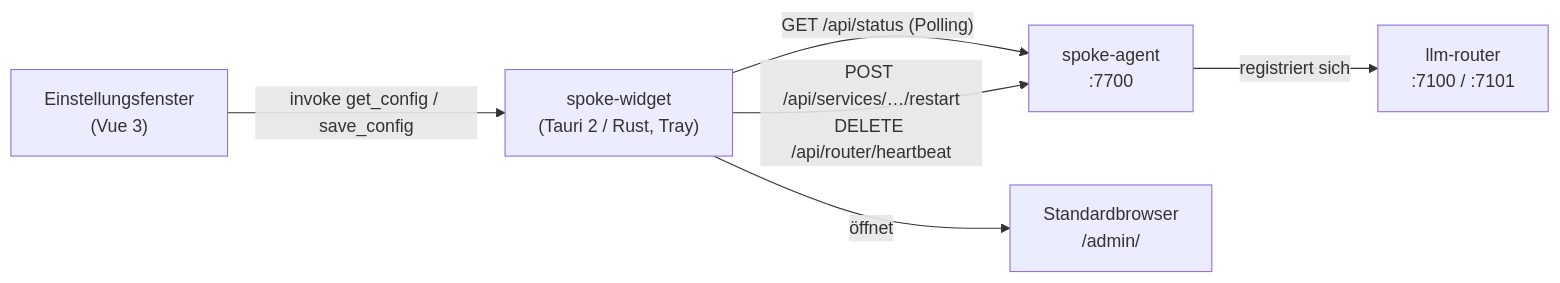
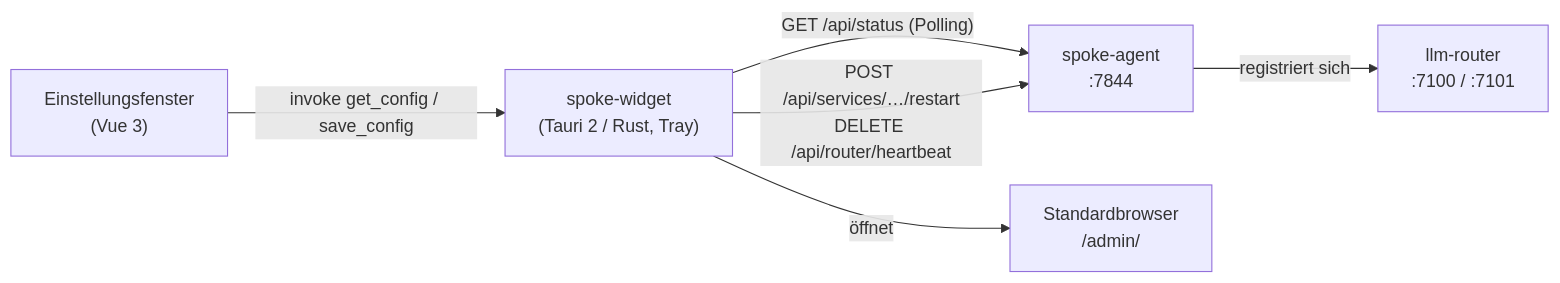
One commit to janpow77/spoke-widget changed the diagram in README.md. Above: the diagram before and after it, drawn with Mermaid. The commit also changed other lines of this file and 3 other files, not shown here.

````diff
--- a/README.md
+++ b/README.md
@@ -26,13 +26,13 @@
 ```mermaid
 flowchart LR
     W["spoke-widget<br/>(Tauri 2 / Rust, Tray)"]
     S["Einstellungsfenster<br/>(Vue 3)"]
-    A["spoke-agent<br/>:7700"]
+    A["spoke-agent<br/>:7844"]
     R["llm-router<br/>:7100 / :7101"]
     B["Standardbrowser<br/>/admin/"]
     W -- "GET /api/status (Polling)" --> A
     W -- "POST /api/services/…/restart<br/>DELETE /api/router/heartbeat" --> A
     A -- "registriert sich" --> R
     W -- "öffnet" --> B
     S -- "invoke get_config / save_config" --> W
 ```
````
